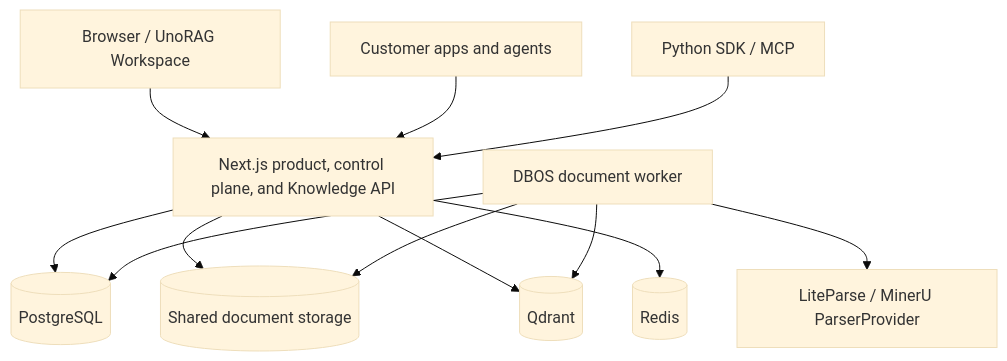
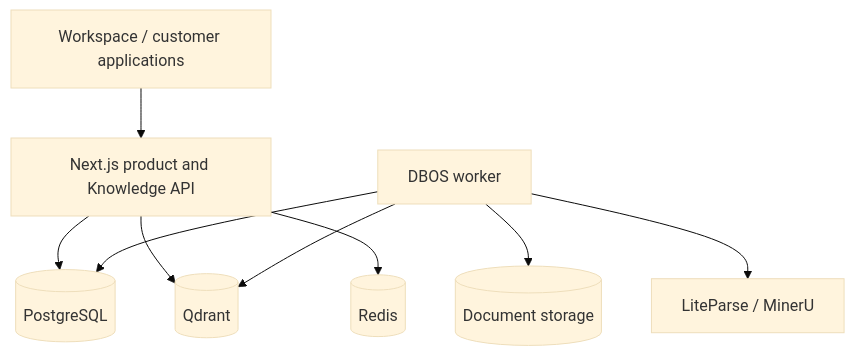
Before and after one commit to codexlin/UnoRAG: the second of 2 diagrams in README.md, drawn with Mermaid (base theme). The commit also changed other lines of this file and 61 other files, not shown here.

Commit message:
docs: present UnoRAG as a private enterprise product

````diff
--- a/README.md
+++ b/README.md
@@ -114,25 +90,11 @@
 ```mermaid
 flowchart TB
-    Browser["Browser / UnoRAG Workspace"]
-    Apps["Customer apps and agents"]
-    SDK["Python SDK / MCP"]
-    Web["Next.js product, control plane, and Knowledge API"]
-    Worker["DBOS document worker"]
-    Parser["LiteParse / MinerU ParserProvider"]
-    PG[("PostgreSQL")]
-    QD[("Qdrant")]
-    Redis[("Redis")]
-    Files[("Shared document storage")]
-
-    Browser --> Web
-    Apps --> Web
-    SDK --> Web
-    Web --> PG
-    Web --> Files
-    Web --> QD
-    Web --> Redis
-    Worker --> PG
-    Worker --> Files
+    Users["Workspace / customer applications"] --> Web["Next.js product and Knowledge API"]
+    Web --> PG[("PostgreSQL")]
+    Web --> QD[("Qdrant")]
+    Web --> Redis[("Redis")]
+    Worker["DBOS worker"] --> PG
     Worker --> QD
-    Worker --> Parser
+    Worker --> Files[("Document storage")]
+    Worker --> Parser["LiteParse / MinerU"]
 ```
````
